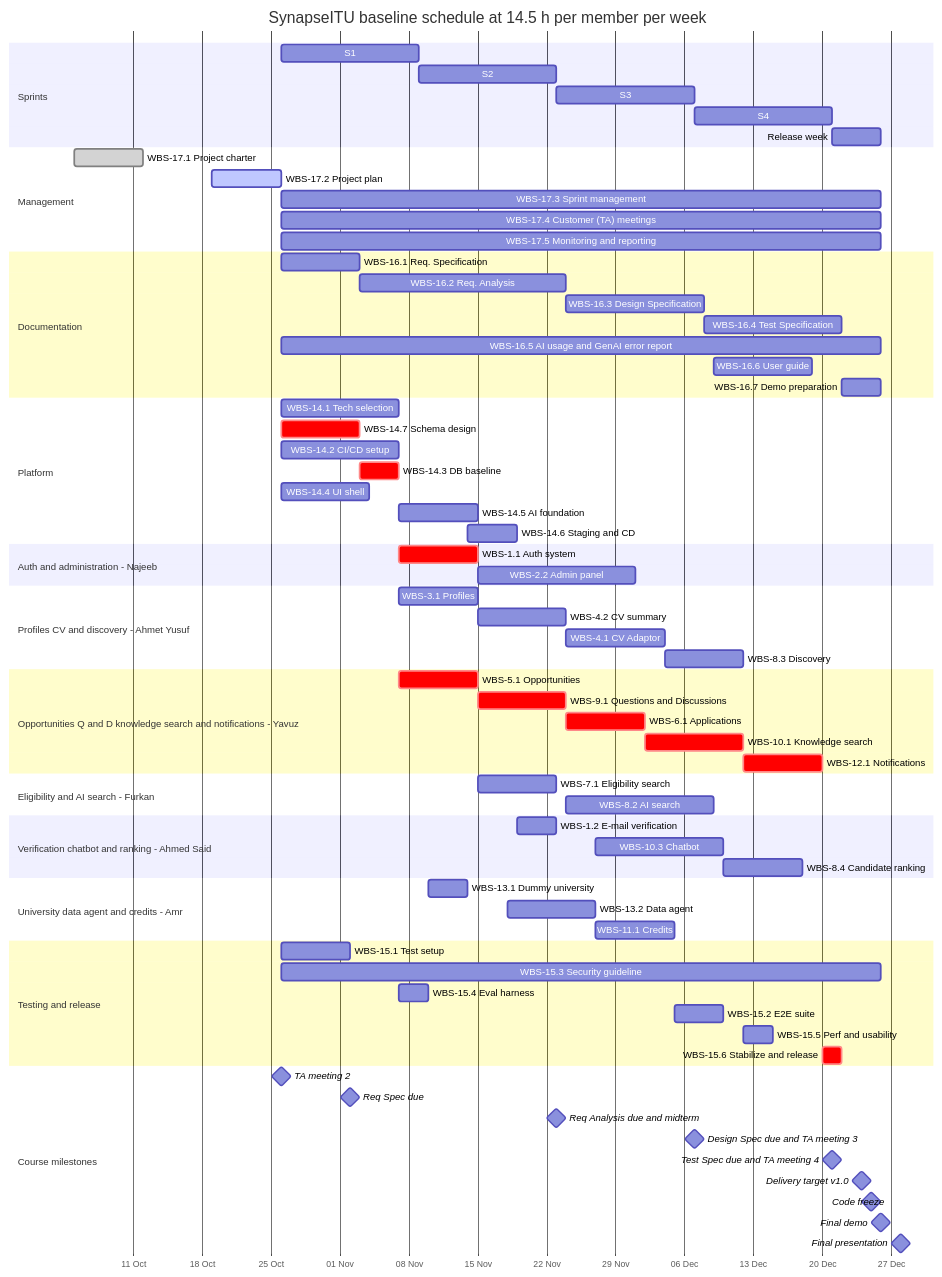
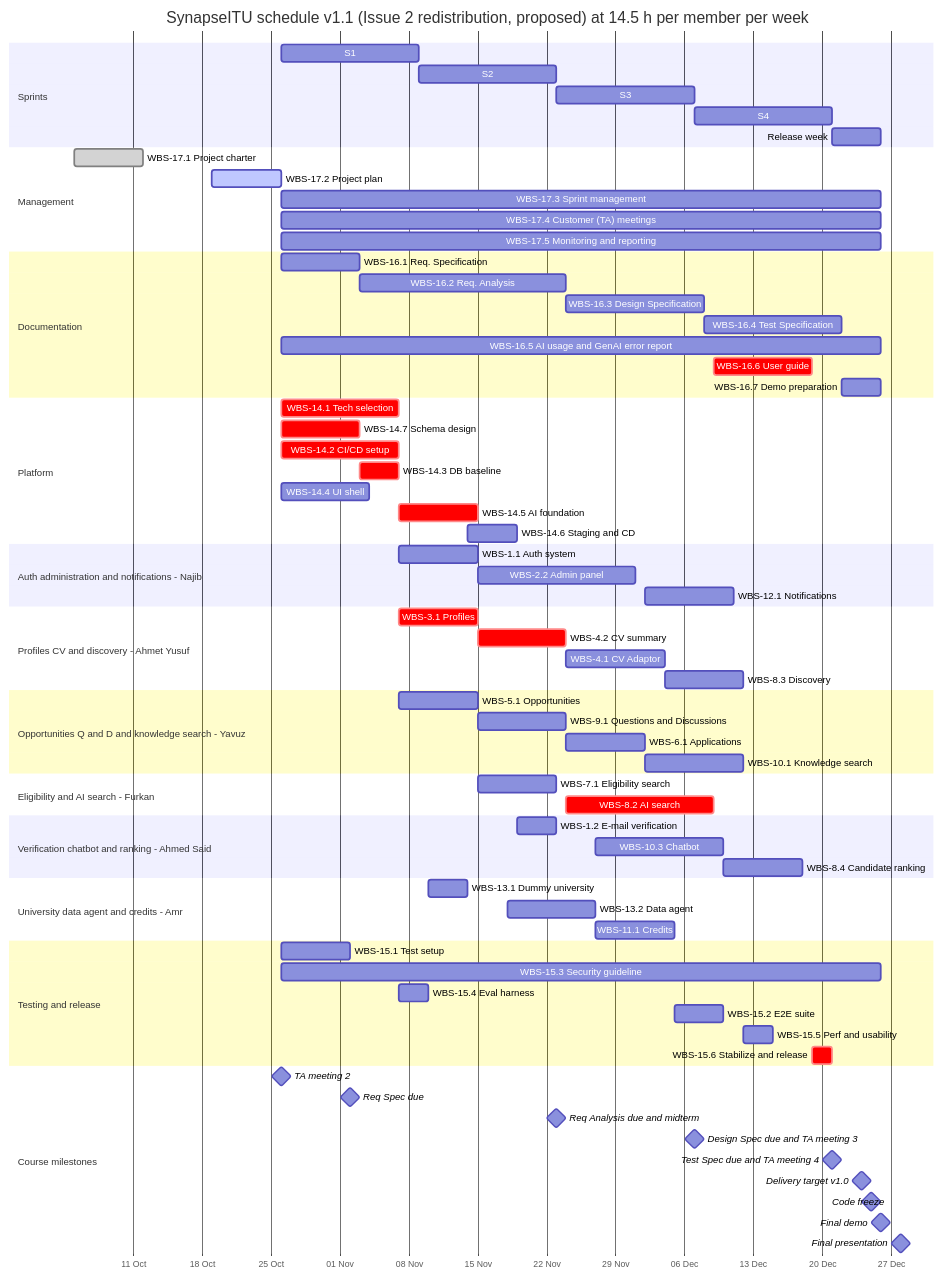
Before and after one commit to yalcinfu22/SynapseITU: the second of 2 diagrams in docs/ProjectPlan.md, drawn with Mermaid. The commit also changed other lines of this file, not shown here.

````diff
--- a/docs/ProjectPlan.md
+++ b/docs/ProjectPlan.md
@@ -671,77 +712,77 @@
 ```mermaid
 gantt
-    title SynapseITU baseline schedule at 14.5 h per member per week
+    title SynapseITU schedule v1.1 (Issue 2 redistribution, proposed) at 14.5 h per member per week
     dateFormat YYYY-MM-DD
     axisFormat %d %b
     todayMarker off
     section Sprints
     S1 :sp0, 2026-10-26, 14d
     S2 :sp1, 2026-11-09, 14d
     S3 :sp2, 2026-11-23, 14d
     S4 :sp3, 2026-12-07, 14d
     Release week :sp4, 2026-12-21, 5d
     section Management
     WBS-17.1 Project charter :done, w17_1, 2026-10-05, 7d
     WBS-17.2 Project plan :active, w17_2, 2026-10-19, 7d
     WBS-17.3 Sprint management :w17_3, 2026-10-26, 61d
     WBS-17.4 Customer (TA) meetings :w17_4, 2026-10-26, 61d
     WBS-17.5 Monitoring and reporting :w17_5, 2026-10-26, 61d
     section Documentation
     WBS-16.1 Req. Specification :w16_1, 2026-10-26, 8d
     WBS-16.2 Req. Analysis :w16_2, 2026-11-03, 21d
     WBS-16.3 Design Specification :w16_3, 2026-11-24, 14d
     WBS-16.4 Test Specification :w16_4, 2026-12-08, 14d
     WBS-16.5 AI usage and GenAI error report :w16_5, 2026-10-26, 61d
-    WBS-16.6 User guide :w16_6, 2026-12-09, 10d
+    WBS-16.6 User guide :crit, w16_6, 2026-12-09, 10d
     WBS-16.7 Demo preparation :w16_7, 2026-12-22, 4d
     section Platform
-    WBS-14.1 Tech selection :w14_1, 2026-10-26, 12d
+    WBS-14.1 Tech selection :crit, w14_1, 2026-10-26, 12d
     WBS-14.7 Schema design :crit, w14_7, 2026-10-26, 8d
-    WBS-14.2 CI/CD setup :w14_2, 2026-10-26, 12d
+    WBS-14.2 CI/CD setup :crit, w14_2, 2026-10-26, 12d
     WBS-14.3 DB baseline :crit, w14_3, 2026-11-03, 4d
     WBS-14.4 UI shell :w14_4, 2026-10-26, 9d
-    WBS-14.5 AI foundation :w14_5, 2026-11-07, 8d
+    WBS-14.5 AI foundation :crit, w14_5, 2026-11-07, 8d
     WBS-14.6 Staging and CD :w14_6, 2026-11-14, 5d
-    section Auth and administration - Najeeb
-    WBS-1.1 Auth system :crit, w1_1, 2026-11-07, 8d
+    section Auth administration and notifications - Najib
+    WBS-1.1 Auth system :w1_1, 2026-11-07, 8d
     WBS-2.2 Admin panel :w2_2, 2026-11-15, 16d
+    WBS-12.1 Notifications :w12_1, 2026-12-02, 9d
     section Profiles CV and discovery - Ahmet Yusuf
-    WBS-3.1 Profiles :w3_1, 2026-11-07, 8d
-    WBS-4.2 CV summary :w4_2, 2026-11-15, 9d
+    WBS-3.1 Profiles :crit, w3_1, 2026-11-07, 8d
+    WBS-4.2 CV summary :crit, w4_2, 2026-11-15, 9d
     WBS-4.1 CV Adaptor :w4_1, 2026-11-24, 10d
     WBS-8.3 Discovery :w8_3, 2026-12-04, 8d
-    section Opportunities Q and D knowledge search and notifications - Yavuz
-    WBS-5.1 Opportunities :crit, w5_1, 2026-11-07, 8d
-    WBS-9.1 Questions and Discussions :crit, w9_1, 2026-11-15, 9d
-    WBS-6.1 Applications :crit, w6_1, 2026-11-24, 8d
-    WBS-10.1 Knowledge search :crit, w10_1, 2026-12-02, 10d
-    WBS-12.1 Notifications :crit, w12_1, 2026-12-12, 8d
+    section Opportunities Q and D and knowledge search - Yavuz
+    WBS-5.1 Opportunities :w5_1, 2026-11-07, 8d
+    WBS-9.1 Questions and Discussions :w9_1, 2026-11-15, 9d
+    WBS-6.1 Applications :w6_1, 2026-11-24, 8d
+    WBS-10.1 Knowledge search :w10_1, 2026-12-02, 10d
     section Eligibility and AI search - Furkan
     WBS-7.1 Eligibility search :w7_1, 2026-11-15, 8d
-    WBS-8.2 AI search :w8_2, 2026-11-24, 15d
+    WBS-8.2 AI search :crit, w8_2, 2026-11-24, 15d
     section Verification chatbot and ranking - Ahmed Said
     WBS-1.2 E-mail verification :w1_2, 2026-11-19, 4d
     WBS-10.3 Chatbot :w10_3, 2026-11-27, 13d
     WBS-8.4 Candidate ranking :w8_4, 2026-12-10, 8d
     section University data agent and credits - Amr
     WBS-13.1 Dummy university :w13_1, 2026-11-10, 4d
     WBS-13.2 Data agent :w13_2, 2026-11-18, 9d
     WBS-11.1 Credits :w11_1, 2026-11-27, 8d
     section Testing and release
     WBS-15.1 Test setup :w15_1, 2026-10-26, 7d
     WBS-15.3 Security guideline :w15_3, 2026-10-26, 61d
     WBS-15.4 Eval harness :w15_4, 2026-11-07, 3d
     WBS-15.2 E2E suite :w15_2, 2026-12-05, 5d
     WBS-15.5 Perf and usability :w15_5, 2026-12-12, 3d
-    WBS-15.6 Stabilize and release :crit, w15_6, 2026-12-20, 2d
+    WBS-15.6 Stabilize and release :crit, w15_6, 2026-12-19, 2d
     section Course milestones
     TA meeting 2 :milestone, m0, 2026-10-26, 0d
     Req Spec due :milestone, m1, 2026-11-02, 0d
     Req Analysis due and midterm :milestone, m2, 2026-11-23, 0d
     Design Spec due and TA meeting 3 :milestone, m3, 2026-12-07, 0d
     Test Spec due and TA meeting 4 :milestone, m4, 2026-12-21, 0d
     Delivery target v1.0 :milestone, m5, 2026-12-24, 0d
     Code freeze :milestone, m6, 2026-12-25, 0d
     Final demo :milestone, m7, 2026-12-26, 0d
     Final presentation :milestone, m8, 2026-12-28, 0d
 ```
````
